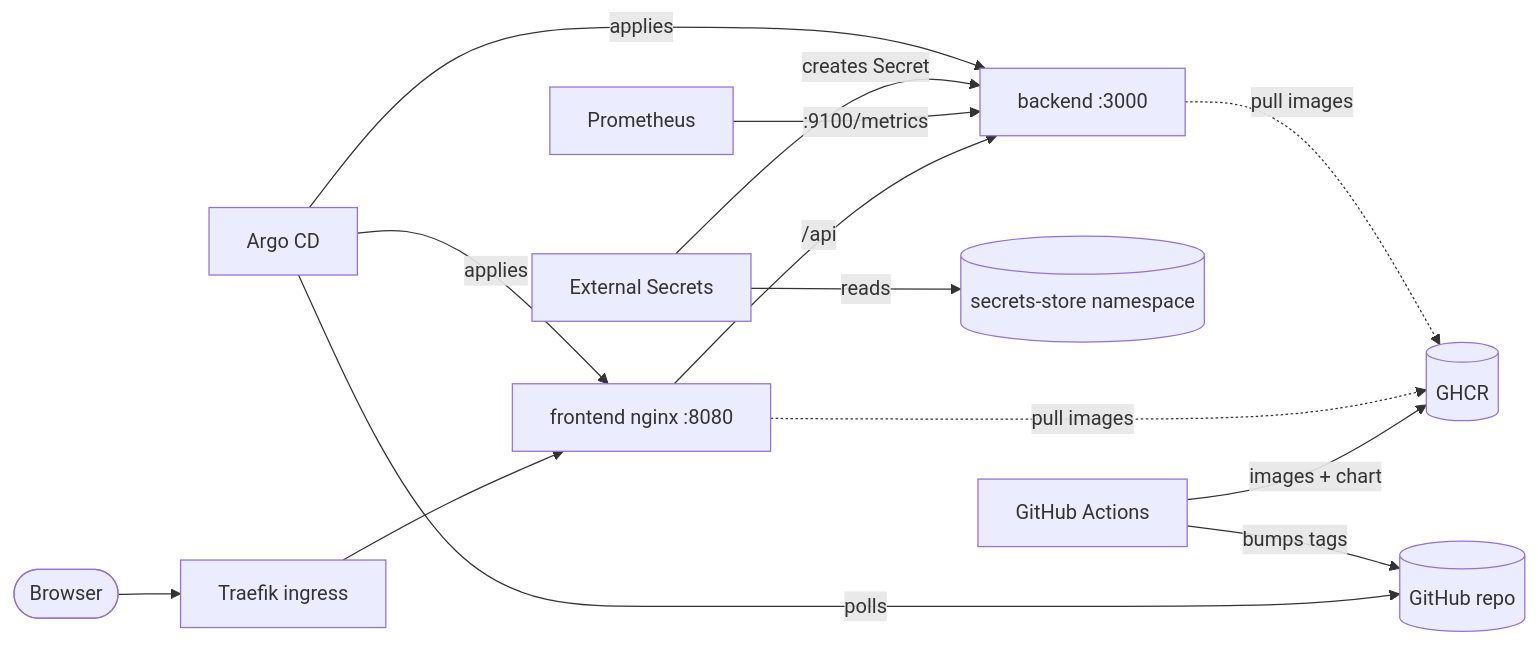
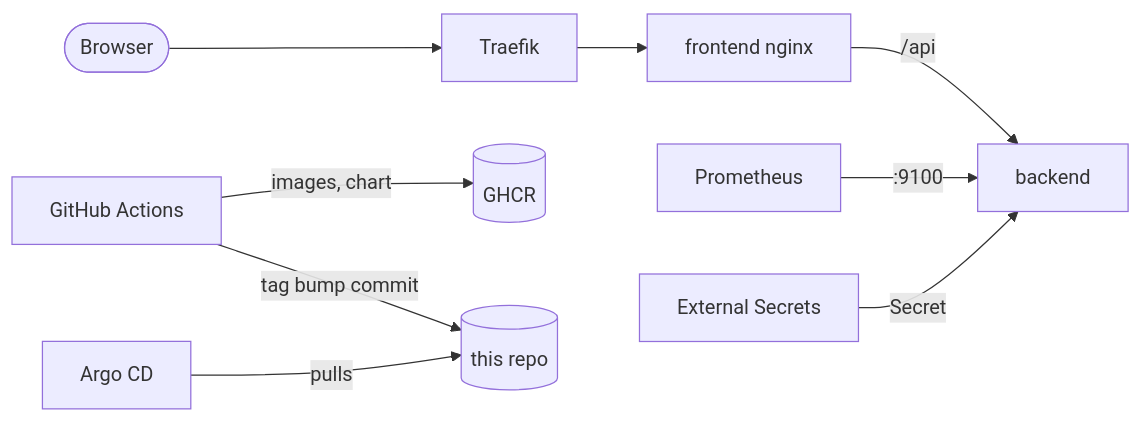
Before and after one commit to MarekZ98/aspecta: the diagram in README.md, drawn with Mermaid. The commit also changed other lines of this file and 4 other files, not shown here.

````diff
--- a/README.md
+++ b/README.md
@@ -23,14 +6,9 @@
 ```mermaid
 flowchart LR
-  user([Browser]) --> traefik[Traefik ingress]
-  traefik --> fe[frontend nginx :8080]
-  fe -- /api --> be[backend :3000]
-  prom[Prometheus] -- :9100/metrics --> be
-  eso[External Secrets] -- reads --> store[(secrets-store namespace)]
-  eso -- creates Secret --> be
-  argocd[Argo CD] -- polls --> git[(GitHub repo)]
-  argocd -- applies --> fe & be
-  ci[GitHub Actions] -- images + chart --> ghcr[(GHCR)]
-  ci -- bumps tags --> git
-  fe & be -. pull images .-> ghcr
+  user([Browser]) --> traefik[Traefik] --> fe[frontend nginx] -- /api --> be[backend]
+  prom[Prometheus] -- :9100 --> be
+  eso[External Secrets] -- Secret --> be
+  ci[GitHub Actions] -- images, chart --> ghcr[(GHCR)]
+  ci -- tag bump commit --> git[(this repo)]
+  argocd[Argo CD] -- pulls --> git
 ```
````
